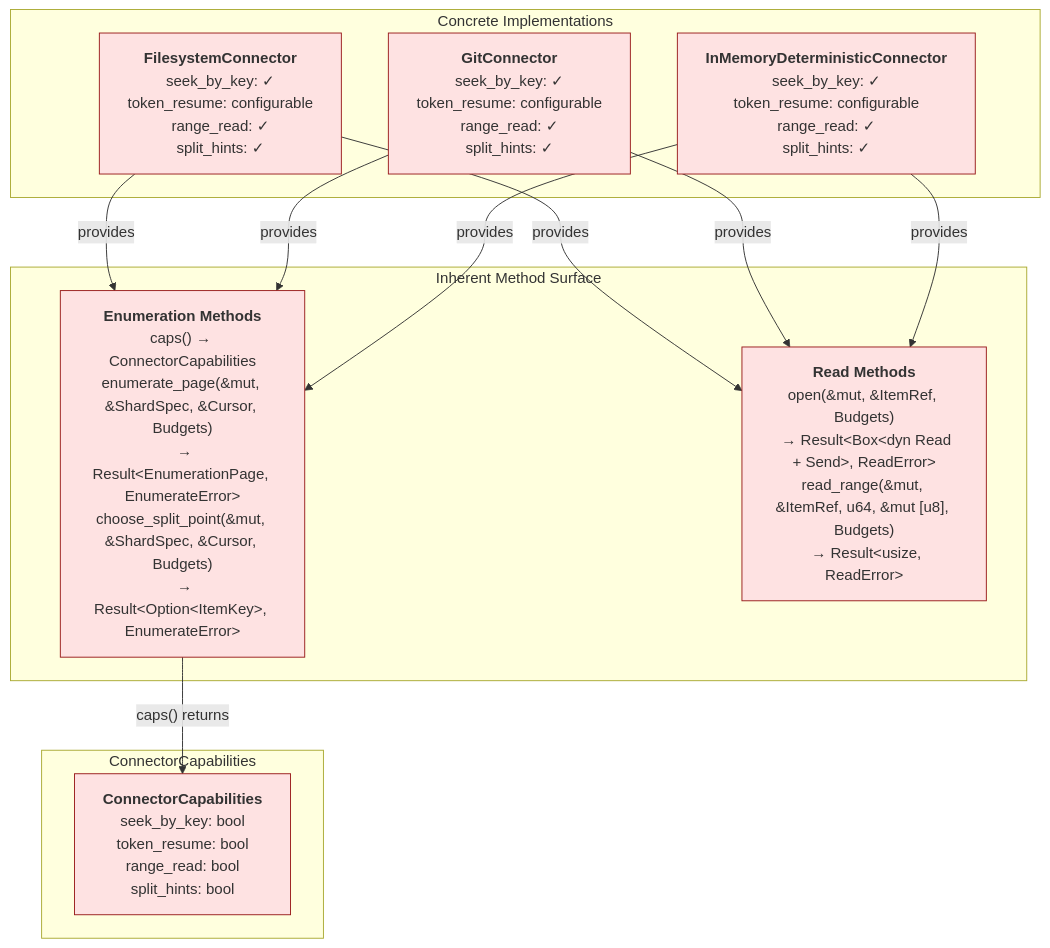
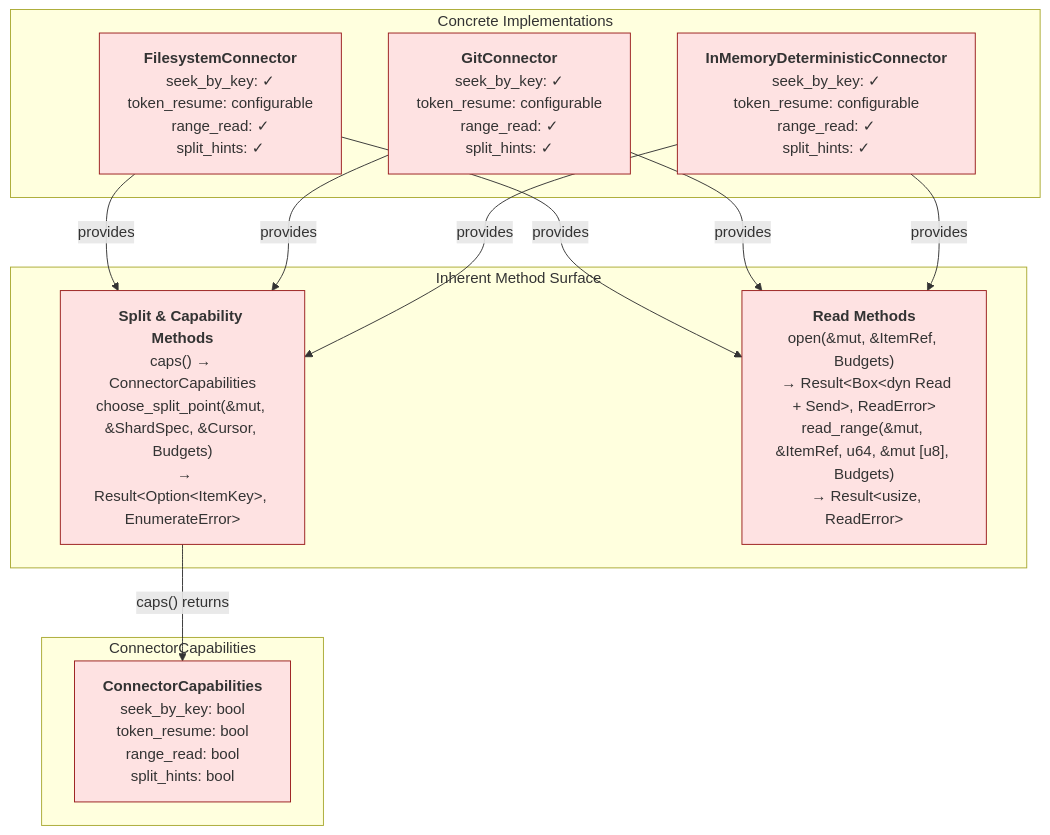
Before and after one commit to ahrav/Gossip-rs: the first of 4 diagrams in diagrams/14-connector-architecture.md, drawn with Mermaid. The commit also changed other lines of this file and 25 other files, not shown here.

First line of the commit message:
Remove conformance harness and page validation from connector contracts

````diff
--- a/diagrams/14-connector-architecture.md
+++ b/diagrams/14-connector-architecture.md
@@ -13,34 +13,34 @@
 ```mermaid
 %% Diagram: connector-method-surface
 graph TD
     subgraph Caps["ConnectorCapabilities"]
         CC["<b>ConnectorCapabilities</b><br/>seek_by_key: bool<br/>token_resume: bool<br/>range_read: bool<br/>split_hints: bool"]
     end
 
     subgraph Methods["Inherent Method Surface"]
-        EM["<b>Enumeration Methods</b><br/>caps() → ConnectorCapabilities<br/>enumerate_page(&mut, &ShardSpec, &Cursor, Budgets)<br/>  → Result&lt;EnumerationPage, EnumerateError&gt;<br/>choose_split_point(&mut, &ShardSpec, &Cursor, Budgets)<br/>  → Result&lt;Option&lt;ItemKey&gt;, EnumerateError&gt;"]
+        EM["<b>Split &amp; Capability Methods</b><br/>caps() → ConnectorCapabilities<br/>choose_split_point(&mut, &ShardSpec, &Cursor, Budgets)<br/>  → Result&lt;Option&lt;ItemKey&gt;, EnumerateError&gt;"]
         RM["<b>Read Methods</b><br/>open(&mut, &ItemRef, Budgets)<br/>  → Result&lt;Box&lt;dyn Read + Send&gt;, ReadError&gt;<br/>read_range(&mut, &ItemRef, u64, &mut [u8], Budgets)<br/>  → Result&lt;usize, ReadError&gt;"]
     end
 
     EM -->|"caps() returns"| CC
 
     subgraph Connectors["Concrete Implementations"]
         FS["<b>FilesystemConnector</b><br/>seek_by_key: ✓<br/>token_resume: configurable<br/>range_read: ✓<br/>split_hints: ✓"]
         GIT["<b>GitConnector</b><br/>seek_by_key: ✓<br/>token_resume: configurable<br/>range_read: ✓<br/>split_hints: ✓"]
         MEM["<b>InMemoryDeterministicConnector</b><br/>seek_by_key: ✓<br/>token_resume: configurable<br/>range_read: ✓<br/>split_hints: ✓"]
     end
 
     FS -->|provides| EM
     FS -->|provides| RM
     GIT -->|provides| EM
     GIT -->|provides| RM
     MEM -->|provides| EM
     MEM -->|provides| RM
 
     style CC fill:#FEE2E2,stroke:#991B1B
     style EM fill:#FEE2E2,stroke:#991B1B
     style RM fill:#FEE2E2,stroke:#991B1B
     style FS fill:#FEE2E2,stroke:#991B1B
     style GIT fill:#FEE2E2,stroke:#991B1B
     style MEM fill:#FEE2E2,stroke:#991B1B
 ```
````
